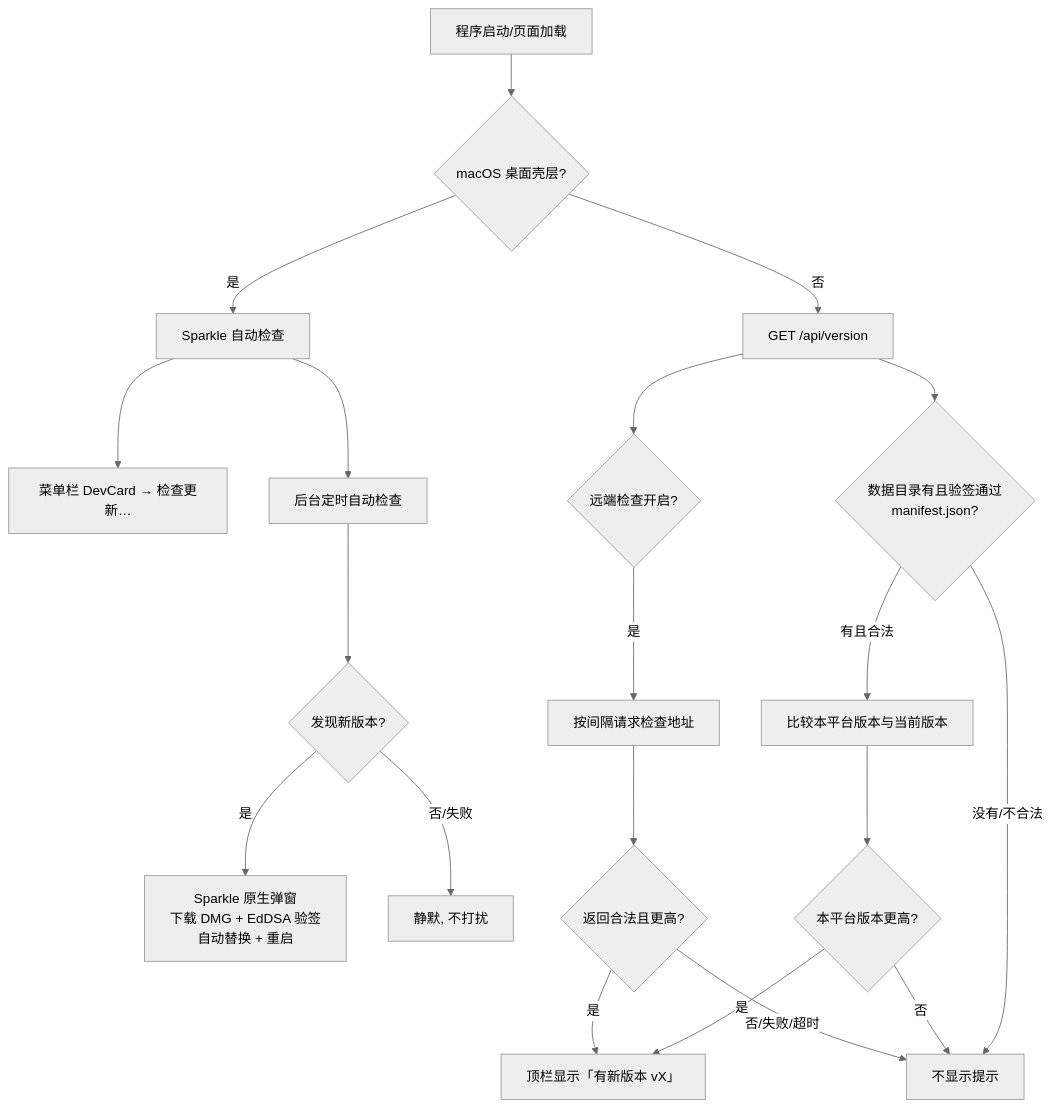
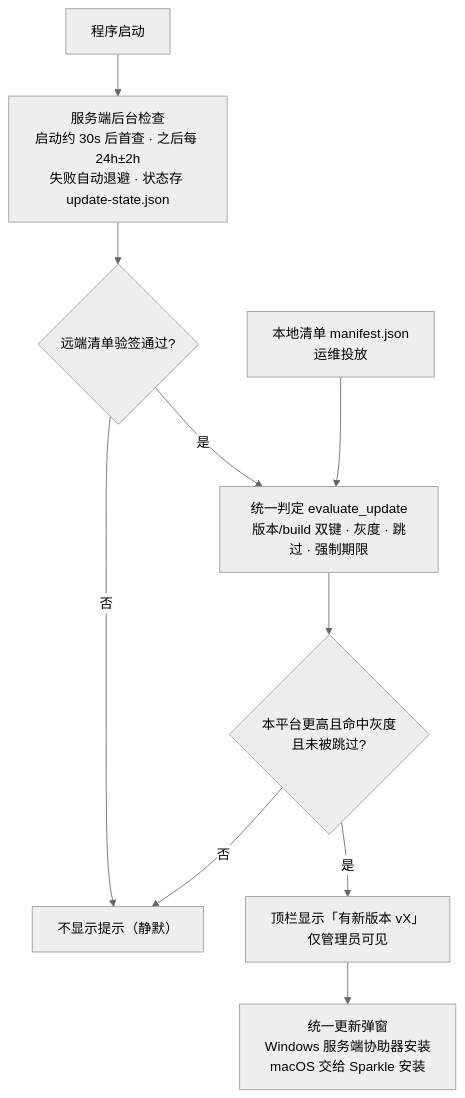
One commit to LinYuwei82/dev_card_cpp changed the sixth of 6 diagrams in docs/用户手册/用户手册.md. Above: the diagram before and after it, drawn with Mermaid (neutral theme). The commit also changed other lines of this file and 1 other file, not shown here.

Commit message:
docs(手册): 更新至 v1.3.8 口径（更新检查收口服务端三端统一、Sparkle 降为安装执行器、启动提速）；补交 1.3.8 发布说明 HTML

````diff
--- a/docs/用户手册/用户手册.md
+++ b/docs/用户手册/用户手册.md
@@ -762,23 +764,12 @@
 ```mermaid
 flowchart TD
-    A[程序启动/页面加载] --> B{macOS 桌面壳层?}
-    B -- 是 --> C[Sparkle 自动检查]
-    C --> C1[菜单栏 DevCard → 检查更新…]
-    C --> C2[后台定时自动检查]
-    C2 --> C3{发现新版本?}
-    C3 -- 是 --> C4[Sparkle 原生弹窗<br/>下载 DMG + EdDSA 验签<br/>自动替换 + 重启]
-    C3 -- 否/失败 --> C5[静默, 不打扰]
-
-    B -- 否 --> D[GET /api/version]
-    D --> E{数据目录有且验签通过<br/>manifest.json?}
-    E -- 有且合法 --> F[比较本平台版本与当前版本]
-    E -- 没有/不合法 --> G[不显示提示]
-    F --> H{本平台版本更高?}
-    H -- 是 --> I[顶栏显示「有新版本 vX」]
+    A[程序启动] --> B[服务端后台检查<br/>启动约 30s 后首查 · 之后每 24h±2h<br/>失败自动退避 · 状态存 update-state.json]
+    B --> C{远端清单验签通过?}
+    C -- 否 --> G[不显示提示（静默）]
+    C -- 是 --> D[统一判定 evaluate_update<br/>版本/build 双键 · 灰度 · 跳过 · 强制期限]
+    F[本地清单 manifest.json<br/>运维投放] --> D
+    D --> H{本平台更高且命中灰度<br/>且未被跳过?}
     H -- 否 --> G
-    D --> J{远端检查开启?}
-    J -- 是 --> K[按间隔请求检查地址]
-    K --> L{返回合法且更高?}
-    L -- 是 --> I
-    L -- 否/失败/超时 --> G
+    H -- 是 --> I[顶栏显示「有新版本 vX」<br/>仅管理员可见]
+    I --> J[统一更新弹窗<br/>Windows 服务端协助器安装<br/>macOS 交给 Sparkle 安装]
 ```
````
